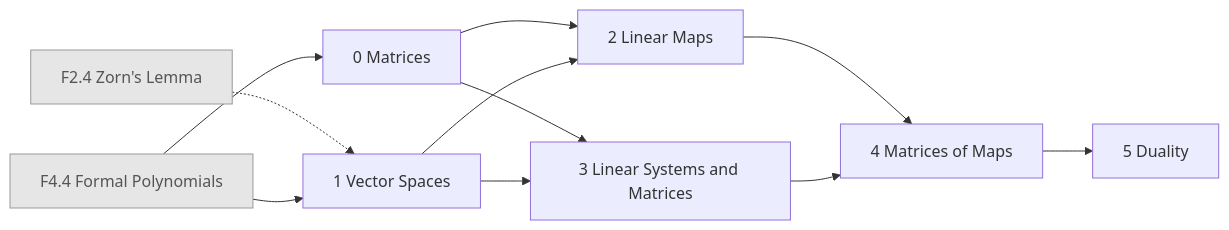
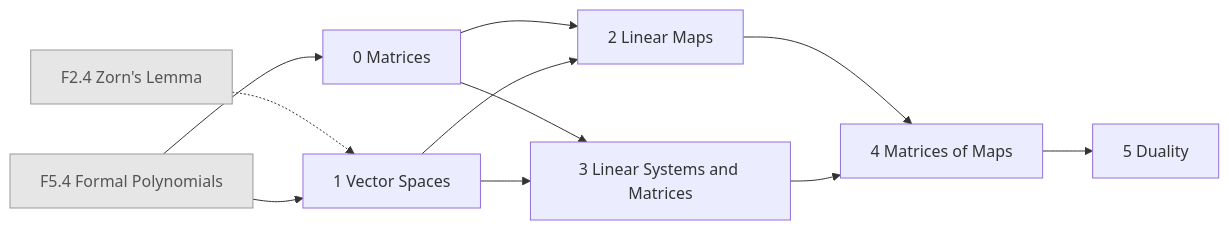
Before and after one commit to AkizumiFox/math-atlas: the eighth of 30 diagrams in generated/README.md, drawn with Mermaid. The commit also changed other lines of this file and 41 other files, not shown here.

````diff
--- a/generated/README.md
+++ b/generated/README.md
@@ -204,24 +230,24 @@
 ```mermaid
 flowchart LR
   F2_4["F2.4 Zorn's Lemma"]:::ext
-  F4_4["F4.4 Formal Polynomials"]:::ext
+  F5_4["F5.4 Formal Polynomials"]:::ext
   LA1_0["0 Matrices"]
   LA1_1["1 Vector Spaces"]
   LA1_2["2 Linear Maps"]
   LA1_3["3 Linear Systems and Matrices"]
   LA1_4["4 Matrices of Maps"]
   LA1_5["5 Duality"]
-  F4_4 --> LA1_0
+  F5_4 --> LA1_0
   F2_4 -.-> LA1_1
-  F4_4 --> LA1_1
+  F5_4 --> LA1_1
   LA1_0 --> LA1_2
   LA1_1 --> LA1_2
   LA1_0 --> LA1_3
   LA1_1 --> LA1_3
   LA1_2 --> LA1_4
   LA1_3 --> LA1_4
   LA1_4 --> LA1_5
   classDef ext fill:#e6e6e6,stroke:#999,color:#555
   classDef opt fill:#fff,stroke:#999,stroke-dasharray:4 3,color:#555
   classDef segb fill:#f6f6fb,stroke:#99a,color:#333
 ```
````
